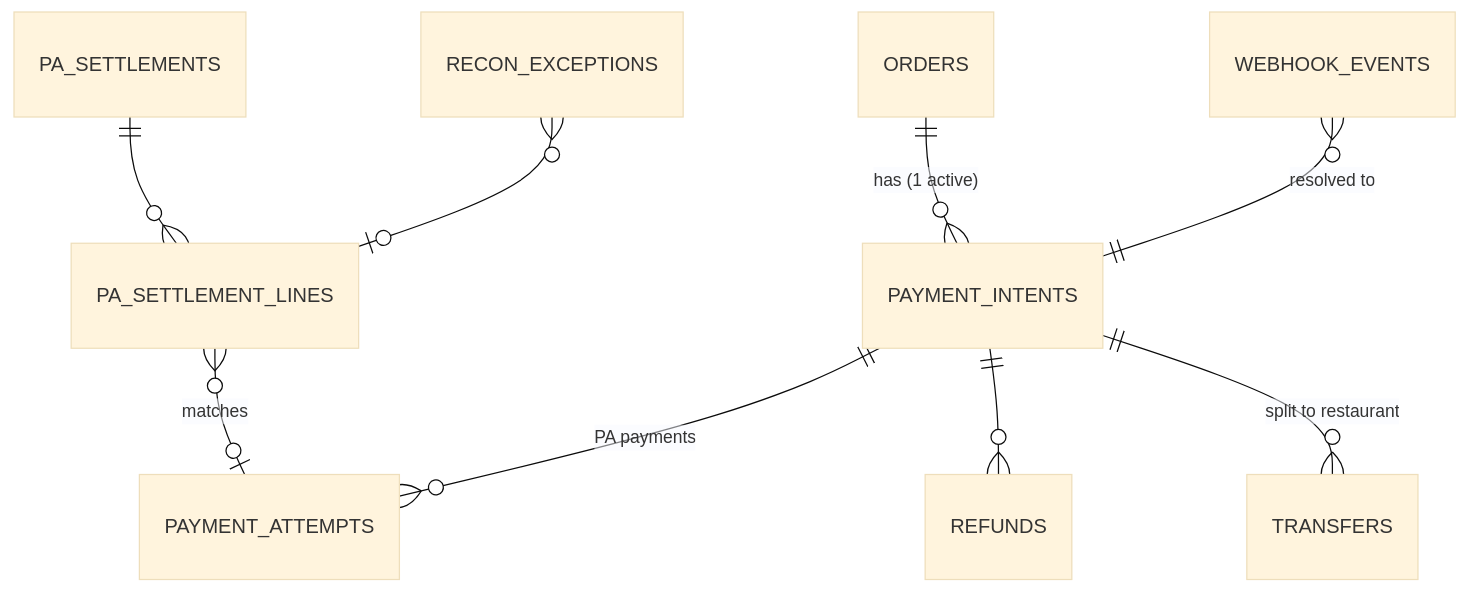
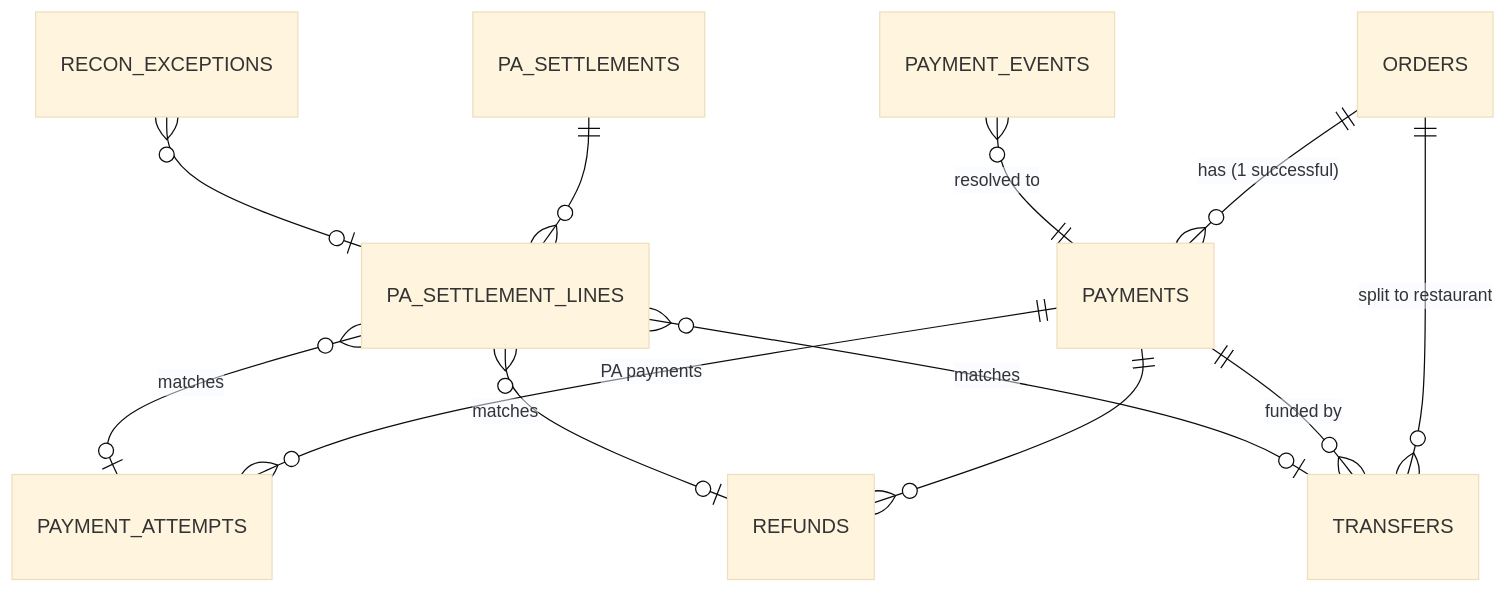
One commit to storetmobiles2-code/rovo changed the first of 7 diagrams in docs/planning/14-payment-architecture.md. Above: the diagram before and after it, drawn with Mermaid (base theme). The commit also changed other lines of this file and 12 other files, not shown here.

````diff
--- a/docs/planning/14-payment-architecture.md
+++ b/docs/planning/14-payment-architecture.md
@@ -113,11 +124,14 @@
 ```mermaid
 erDiagram
-    ORDERS ||--o{ PAYMENT_INTENTS : "has (1 active)"
-    PAYMENT_INTENTS ||--o{ PAYMENT_ATTEMPTS : "PA payments"
-    PAYMENT_INTENTS ||--o{ REFUNDS : ""
-    PAYMENT_INTENTS ||--o{ TRANSFERS : "split to restaurant"
-    WEBHOOK_EVENTS }o--|| PAYMENT_INTENTS : "resolved to"
+    ORDERS ||--o{ PAYMENTS : "has (1 successful)"
+    PAYMENTS ||--o{ PAYMENT_ATTEMPTS : "PA payments"
+    PAYMENTS ||--o{ REFUNDS : ""
+    ORDERS ||--o{ TRANSFERS : "split to restaurant"
+    PAYMENTS ||--o{ TRANSFERS : "funded by"
+    PAYMENT_EVENTS }o--|| PAYMENTS : "resolved to"
     PA_SETTLEMENTS ||--o{ PA_SETTLEMENT_LINES : ""
     PA_SETTLEMENT_LINES }o--o| PAYMENT_ATTEMPTS : "matches"
+    PA_SETTLEMENT_LINES }o--o| REFUNDS : "matches"
+    PA_SETTLEMENT_LINES }o--o| TRANSFERS : "matches"
     RECON_EXCEPTIONS }o--o| PA_SETTLEMENT_LINES : ""
 ```
````
